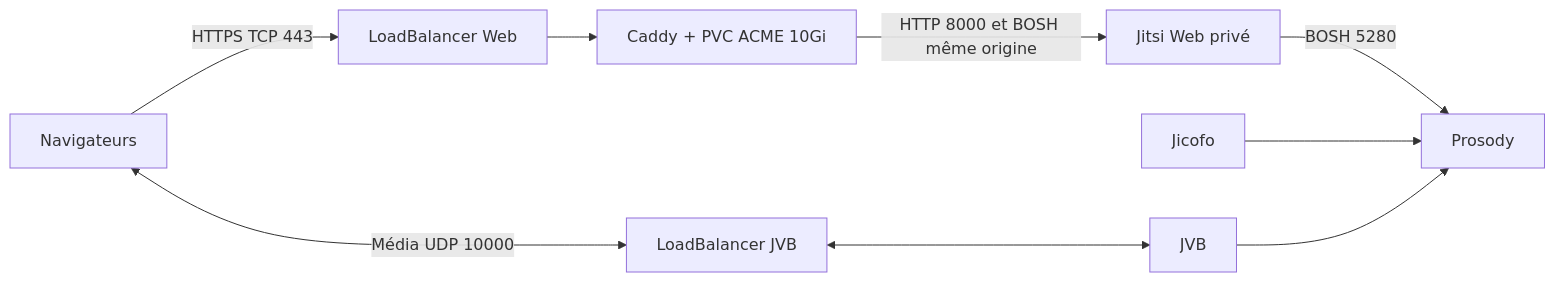
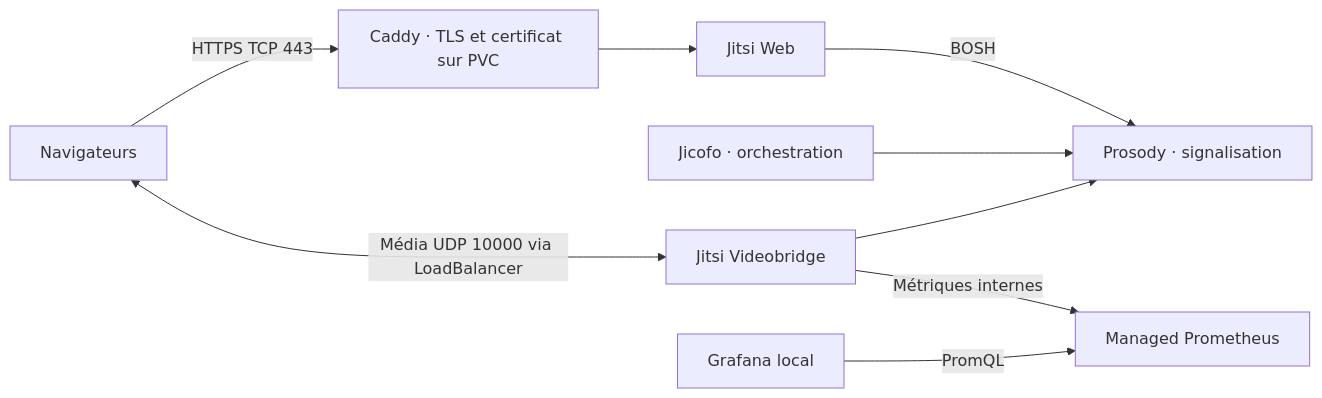
Before and after one commit to SaminouA/projet-jitsi-helm: the diagram in README.md, drawn with Mermaid. The commit also changed other lines of this file and 4 other files, not shown here.

````diff
--- a/README.md
+++ b/README.md
@@ -15,11 +7,11 @@
 ```mermaid
 flowchart LR
-    B[Navigateurs] -->|HTTPS TCP 443| L[LoadBalancer Web]
-    L --> C[Caddy + PVC ACME 10Gi]
-    C -->|HTTP 8000 et BOSH même origine| W[Jitsi Web privé]
-    W -->|BOSH 5280| P[Prosody]
-    J[Jicofo] --> P
-    V[JVB] --> P
-    B <-->|Média UDP 10000| U[LoadBalancer JVB]
-    U <--> V
+    B[Navigateurs] -->|HTTPS TCP 443| C[Caddy · TLS et certificat sur PVC]
+    C --> W[Jitsi Web]
+    W -->|BOSH| P[Prosody · signalisation]
+    J[Jicofo · orchestration] --> P
+    V[Jitsi Videobridge] --> P
+    B <-->|Média UDP 10000 via LoadBalancer| V
+    V -->|Métriques internes| M[Managed Prometheus]
+    G[Grafana local] -->|PromQL| M
 ```
````
